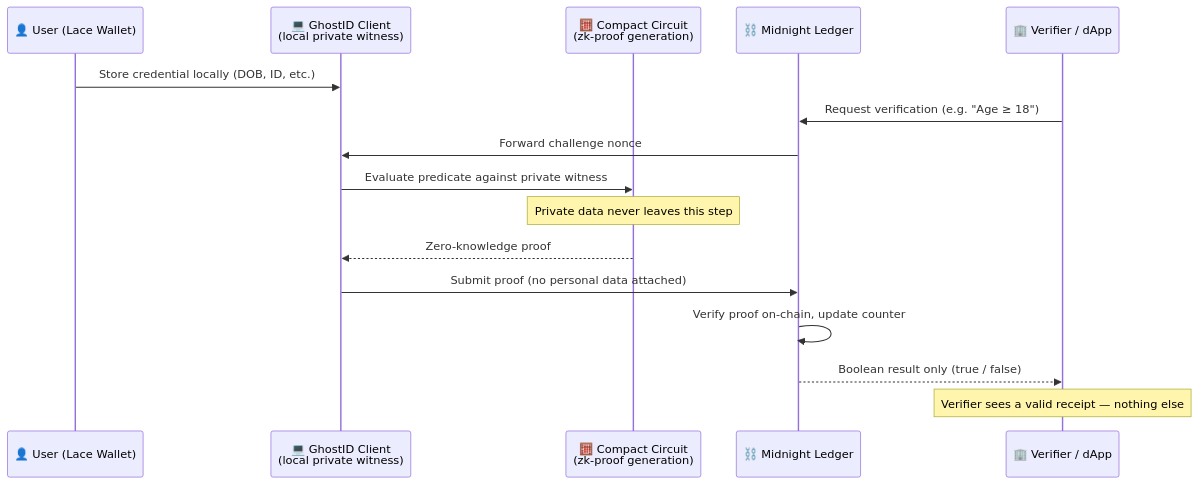
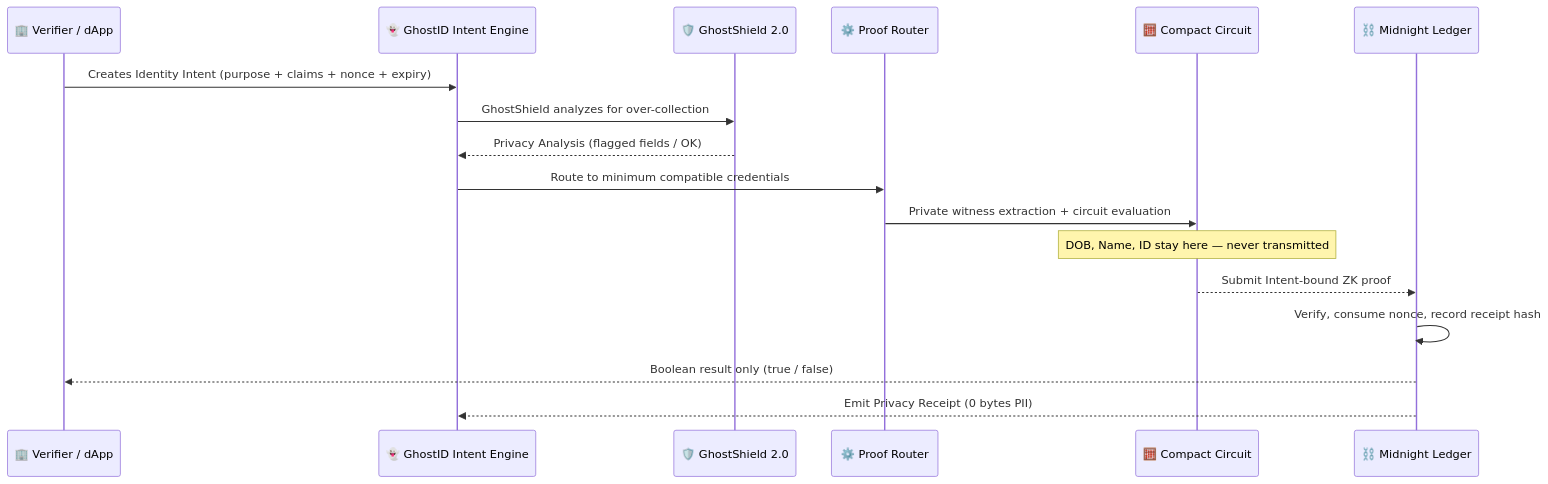
The first of 3 diagrams in README.md (thesayancodes/GhostID), drawn with Mermaid before and after one commit. The commit also changed other lines of this file and 20 other files, not shown here.

````diff
--- a/README.md
+++ b/README.md
@@ -186,19 +213,20 @@
 ```mermaid
 sequenceDiagram
-    participant U as 👤 User (Lace Wallet)
-    participant C as 💻 GhostID Client<br/>(local private witness)
-    participant Z as 🧮 Compact Circuit<br/>(zk-proof generation)
+    participant V as 🏢 Verifier / dApp
+    participant G as 👻 GhostID Intent Engine
+    participant W as 🛡️ GhostShield 2.0
+    participant P as ⚙️ Proof Router
+    participant Z as 🧮 Compact Circuit
     participant M as ⛓️ Midnight Ledger
-    participant V as 🏢 Verifier / dApp
 
-    U->>C: Store credential locally (DOB, ID, etc.)
-    V->>M: Request verification (e.g. "Age ≥ 18")
-    M->>C: Forward challenge nonce
-    C->>Z: Evaluate predicate against private witness
-    Note over Z: Private data never leaves this step
-    Z-->>C: Zero-knowledge proof
-    C->>M: Submit proof (no personal data attached)
-    M->>M: Verify proof on-chain, update counter
+    V->>G: Creates Identity Intent (purpose + claims + nonce + expiry)
+    G->>W: GhostShield analyzes for over-collection
+    W-->>G: Privacy Analysis (flagged fields / OK)
+    G->>P: Route to minimum compatible credentials
+    P->>Z: Private witness extraction + circuit evaluation
+    Note over Z: DOB, Name, ID stay here — never transmitted
+    Z-->>M: Submit Intent-bound ZK proof
+    M->>M: Verify, consume nonce, record receipt hash
     M-->>V: Boolean result only (true / false)
-    Note over V: Verifier sees a valid receipt — nothing else
+    M-->>G: Emit Privacy Receipt (0 bytes PII)
 ```
````
